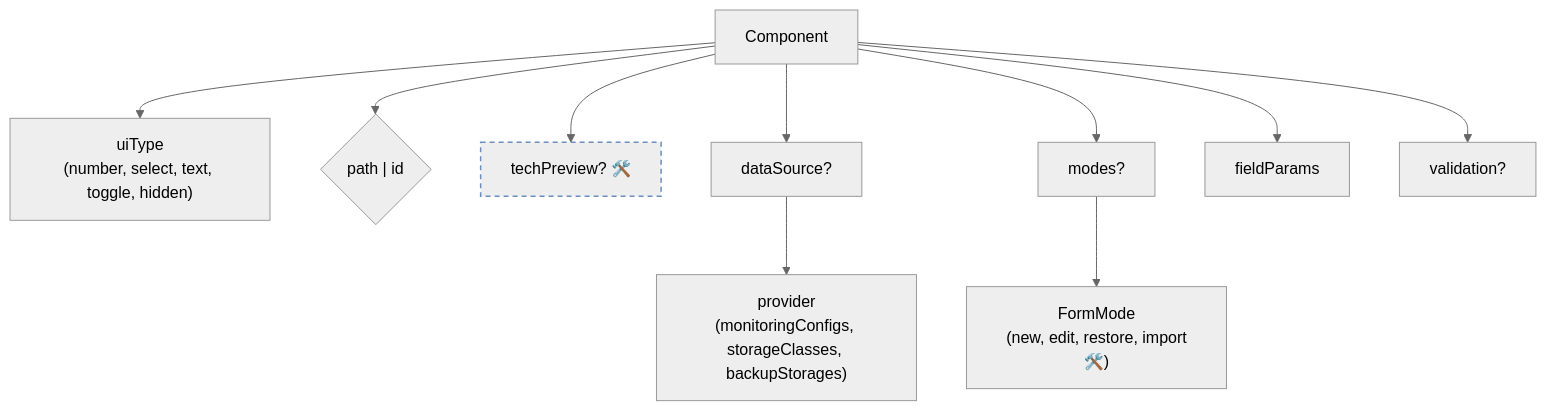
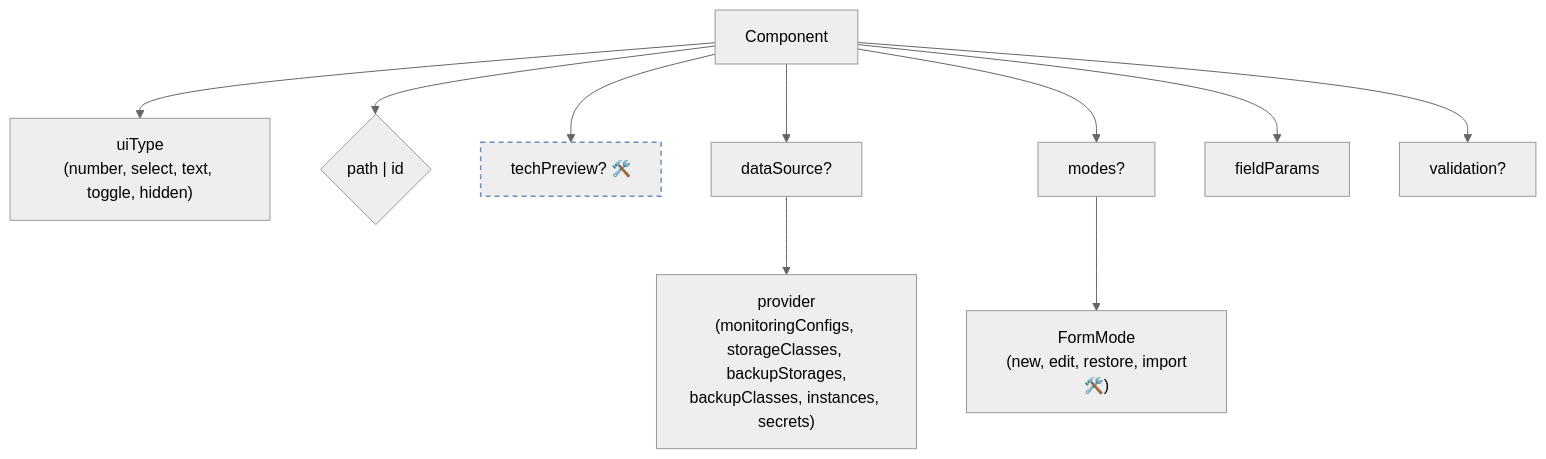
The third of 6 diagrams in docs/ui/architecture/ui-generator/schema-reference.md (openeverest/openeverest), drawn with Mermaid (neutral theme) before and after one commit. The commit also changed 12 other files, not shown here.

First line of the commit message:
feat(ui): backupClasses, instances and secrets data sources

````diff
--- a/docs/ui/architecture/ui-generator/schema-reference.md
+++ b/docs/ui/architecture/ui-generator/schema-reference.md
@@ -50,15 +50,15 @@
 ```mermaid
 flowchart TD
   CMP["Component"] --> UT["uiType<br/>(number, select, text, toggle, hidden)"]
   CMP --> PID{"path | id"}
   CMP --> TP2["techPreview? 🛠️"]
   CMP --> DS2["dataSource?"]
-  DS2 --> PROVIDER["provider<br/>(monitoringConfigs, storageClasses, backupStorages)"]
+  DS2 --> PROVIDER["provider<br/>(monitoringConfigs, storageClasses, backupStorages,<br/>backupClasses, instances, secrets)"]
   CMP --> MOD2["modes?"]
   MOD2 --> FORM_MODE["FormMode<br/>(new, edit, restore, import🛠️)"]
   CMP --> FP2["fieldParams"]
   CMP --> VAL2["validation?"]
 
   classDef planned stroke-dasharray:5 4,stroke:#6c8ebf,stroke-width:1.5px;
   class TP2 planned;
 ```
````
